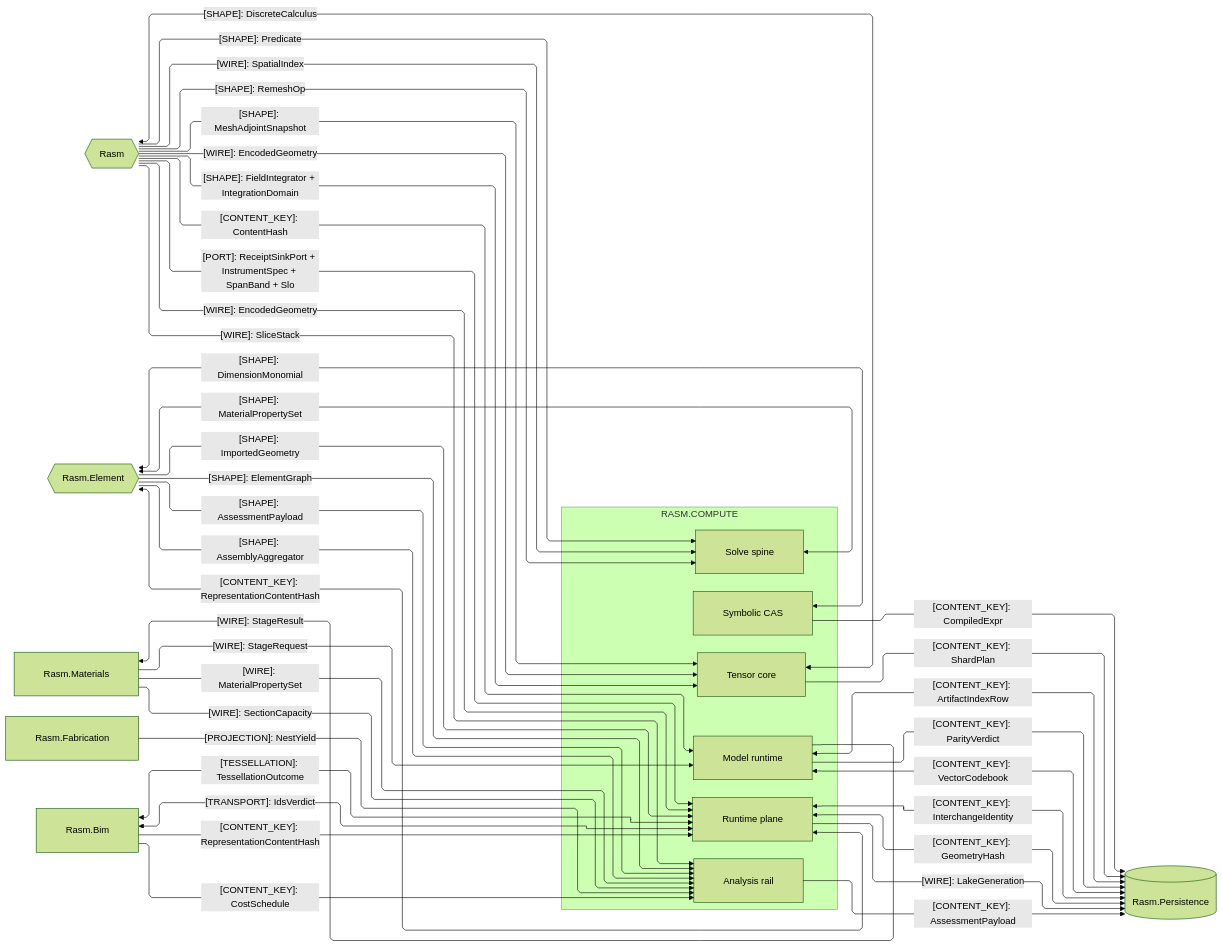
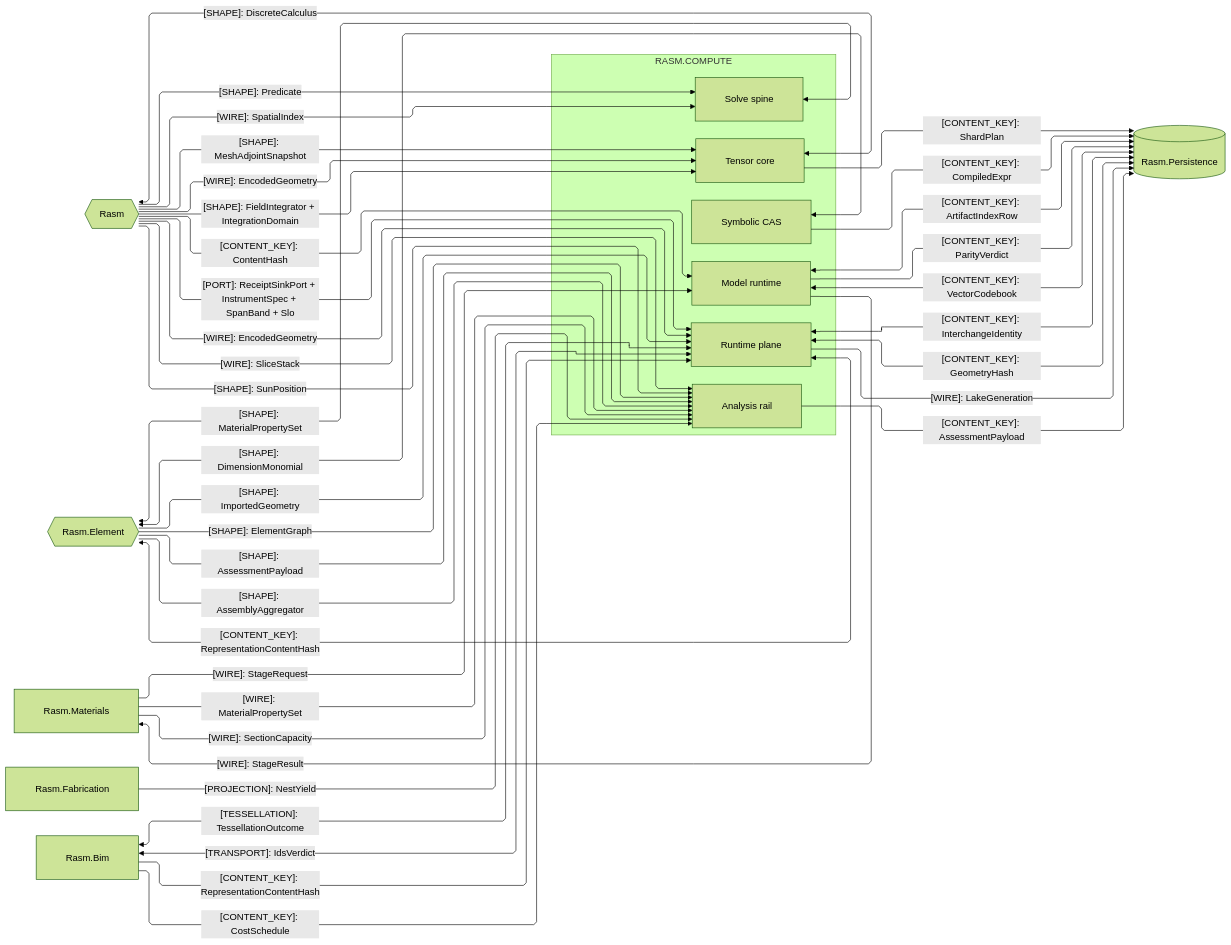
The second of 4 diagrams in libs/csharp/Rasm.Compute/ARCHITECTURE.md (bsamiee/Rasm), drawn with Mermaid (forest theme) before and after one commit. The commit also changed other lines of this file and 138 other files, not shown here.

````diff
--- a/libs/csharp/Rasm.Compute/ARCHITECTURE.md
+++ b/libs/csharp/Rasm.Compute/ARCHITECTURE.md
@@ -134,62 +135,62 @@
 ```mermaid
 ---
 config:
   layout: elk
   flowchart:
     curve: linear
     padding: 25
 ---
 flowchart LR
     accTitle: Compute AEC-domain and storage seams
     accDescr: Compute sub-domain owners exchanging content keys, neutral shapes, wires, projections, transport, and tessellation with the kernel, the Element/Materials/Bim/Fabrication AEC peers, and the persistence store, one edge per contract family labeled by kind and shared shape.
     subgraph compute[RASM.COMPUTE]
         Model[Model runtime]
         Tensor[Tensor core]
         Solver[Solve spine]
         Symbolic[Symbolic CAS]
         Analysis[Analysis rail]
         Runtime[Runtime plane]
     end
     Rasm{{Rasm}}
     Persistence[(Rasm.Persistence)]
     Element{{Rasm.Element}}
     Materials[Rasm.Materials]
     Fabrication[Rasm.Fabrication]
     Bim[Rasm.Bim]
     Rasm e1@-->|"[CONTENT_KEY]: ContentHash"| Model
     Rasm e22@-->|"[PORT]: ReceiptSinkPort + InstrumentSpec + SpanBand + Slo"| Runtime
     Rasm e2@-->|"[SHAPE]: Predicate"| Solver
     Tensor e3@<-->|"[SHAPE]: DiscreteCalculus"| Rasm
     Rasm e4@-->|"[WIRE]: SliceStack"| Analysis
     Rasm e18@-->|"[SHAPE]: MeshAdjointSnapshot"| Tensor
     Rasm e19@-->|"[WIRE]: SpatialIndex"| Solver
-    Rasm e20@-->|"[SHAPE]: RemeshOp"| Solver
     Rasm e21@-->|"[WIRE]: EncodedGeometry"| Tensor
     Rasm e34@-->|"[SHAPE]: FieldIntegrator + IntegrationDomain"| Tensor
+    Rasm e36@-->|"[SHAPE]: SunPosition"| Analysis
     Model e15@<-->|"[CONTENT_KEY]: ArtifactIndexRow"| Persistence
     Model e35@-->|"[CONTENT_KEY]: ParityVerdict"| Persistence
     Model e27@<-->|"[CONTENT_KEY]: VectorCodebook"| Persistence
     Tensor e16@-->|"[CONTENT_KEY]: ShardPlan"| Persistence
     Symbolic e14@-->|"[CONTENT_KEY]: CompiledExpr"| Persistence
     Analysis e13@-->|"[CONTENT_KEY]: AssessmentPayload"| Persistence
     Runtime e17@<-->|"[CONTENT_KEY]: InterchangeIdentity"| Persistence
     Runtime e28@<-->|"[CONTENT_KEY]: GeometryHash"| Persistence
     Runtime e29@-->|"[WIRE]: LakeGeneration"| Persistence
     Rasm e30@-->|"[WIRE]: EncodedGeometry"| Runtime
     Solver e8@<-->|"[SHAPE]: MaterialPropertySet"| Element
     Symbolic e7@<-->|"[SHAPE]: DimensionMonomial"| Element
     Element e5@-->|"[SHAPE]: ElementGraph"| Analysis
     Element e22@-->|"[SHAPE]: AssessmentPayload"| Analysis
     Runtime e6@<-->|"[CONTENT_KEY]: RepresentationContentHash"| Element
     Element e33@-->|"[SHAPE]: ImportedGeometry"| Runtime
     Element e10@-->|"[SHAPE]: AssemblyAggregator"| Analysis
     Materials e9@-->|"[WIRE]: MaterialPropertySet"| Analysis
     Materials e23@-->|"[WIRE]: SectionCapacity"| Analysis
     Materials e31@-->|"[WIRE]: StageRequest"| Model
     Model e32@-->|"[WIRE]: StageResult"| Materials
     Fabrication e12@-->|"[PROJECTION]: NestYield"| Analysis
     Bim e11@<-->|"[TESSELLATION]: TessellationOutcome"| Runtime
     Bim e24@<-->|"[TRANSPORT]: IdsVerdict"| Runtime
     Bim e25@-->|"[CONTENT_KEY]: RepresentationContentHash"| Runtime
     Bim e26@-->|"[CONTENT_KEY]: CostSchedule"| Analysis
 ```
````
